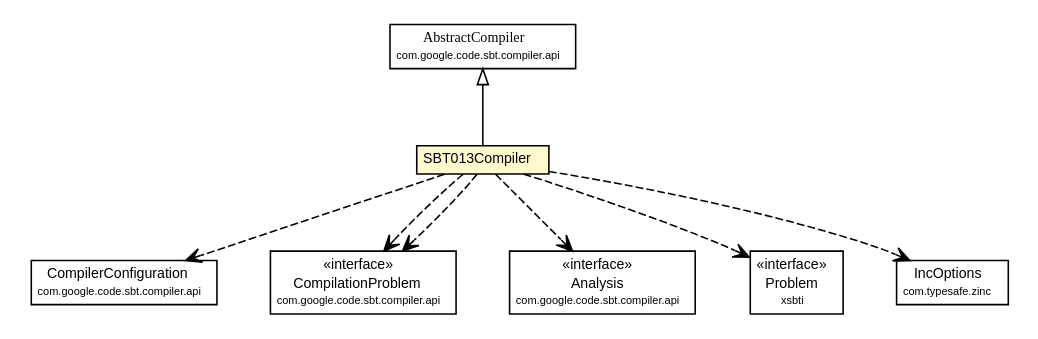
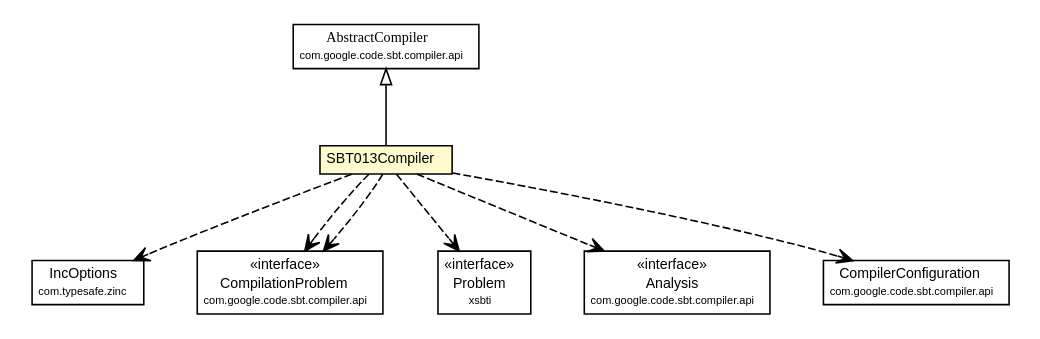
The diagram in sbt-compiler-maven-plugin/1.0.0-beta9-SNAPSHOT/sbt-compilers/sbt-compiler-sbt013/apidocs/com/google/code/sbt/compiler/sbt013/SBT013Compiler.dot (sbt-compiler-maven-plugin/sbt-compiler-maven-plugin.github.io), drawn with Graphviz before and after one commit. The commit also changed 194 other files, not shown here.

```diff
--- a/sbt-compiler-maven-plugin/1.0.0-beta9-SNAPSHOT/sbt-compilers/sbt-compiler-sbt013/apidocs/com/google/code/sbt/compiler/sbt013/SBT013Compiler.dot
+++ b/sbt-compiler-maven-plugin/1.0.0-beta9-SNAPSHOT/sbt-compilers/sbt-compiler-sbt013/apidocs/com/google/code/sbt/compiler/sbt013/SBT013Compiler.dot
@@ -1,77 +1,77 @@
 #!/usr/local/bin/dot
 #
 # Class diagram 
 # Generated by UMLGraph version R5_6-24-gf6e263 (http://www.umlgraph.org/)
 #
 
 digraph G {
 	edge [fontname="arial",fontsize=10,labelfontname="arial",labelfontsize=10];
 	node [fontname="arial",fontsize=10,shape=plaintext];
 	nodesep=0.25;
 	ranksep=0.5;
 	// com.google.code.sbt.compiler.sbt013.SBT013Compiler
 	c61 [label=<<table title="com.google.code.sbt.compiler.sbt013.SBT013Compiler" border="0" cellborder="1" cellspacing="0" cellpadding="2" port="p" bgcolor="lemonChiffon" href="./SBT013Compiler.html">
 		<tr><td><table border="0" cellspacing="0" cellpadding="1">
 <tr><td align="center" balign="center"> SBT013Compiler </td></tr>
 		</table></td></tr>
 		</table>>, URL="./SBT013Compiler.html", fontname="arial", fontcolor="black", fontsize=9.0];
 	//com.google.code.sbt.compiler.sbt013.SBT013Compiler extends com.google.code.sbt.compiler.api.AbstractCompiler
 	c66:p -> c61:p [dir=back,arrowtail=empty];
+	// com.google.code.sbt.compiler.sbt013.SBT013Compiler DEPEND com.typesafe.zinc.IncOptions
+	c61:p -> c72:p [taillabel="", label="", headlabel="", fontname="arial", fontcolor="black", fontsize=10.0, color="black", arrowhead=open, style=dashed];
+	// com.google.code.sbt.compiler.sbt013.SBT013Compiler DEPEND com.google.code.sbt.compiler.api.CompilationProblem
+	c61:p -> c73:p [taillabel="", label="", headlabel="", fontname="arial", fontcolor="black", fontsize=10.0, color="black", arrowhead=open, style=dashed];
+	// com.google.code.sbt.compiler.sbt013.SBT013Compiler DEPEND xsbti.Problem
+	c61:p -> c74:p [taillabel="", label="", headlabel="", fontname="arial", fontcolor="black", fontsize=10.0, color="black", arrowhead=open, style=dashed];
+	// com.google.code.sbt.compiler.sbt013.SBT013Compiler DEPEND com.google.code.sbt.compiler.api.Analysis
+	c61:p -> c75:p [taillabel="", label="", headlabel="", fontname="arial", fontcolor="black", fontsize=10.0, color="black", arrowhead=open, style=dashed];
+	// com.google.code.sbt.compiler.sbt013.SBT013Compiler DEPEND com.google.code.sbt.compiler.api.CompilationProblem
+	c61:p -> c73:p [taillabel="", label="", headlabel="", fontname="arial", fontcolor="black", fontsize=10.0, color="black", arrowhead=open, style=dashed];
 	// com.google.code.sbt.compiler.sbt013.SBT013Compiler DEPEND com.google.code.sbt.compiler.api.CompilerConfiguration
-	c61:p -> c69:p [taillabel="", label="", headlabel="", fontname="arial", fontcolor="black", fontsize=10.0, color="black", arrowhead=open, style=dashed];
-	// com.google.code.sbt.compiler.sbt013.SBT013Compiler DEPEND com.google.code.sbt.compiler.api.CompilationProblem
-	c61:p -> c70:p [taillabel="", label="", headlabel="", fontname="arial", fontcolor="black", fontsize=10.0, color="black", arrowhead=open, style=dashed];
-	// com.google.code.sbt.compiler.sbt013.SBT013Compiler DEPEND com.google.code.sbt.compiler.api.Analysis
-	c61:p -> c71:p [taillabel="", label="", headlabel="", fontname="arial", fontcolor="black", fontsize=10.0, color="black", arrowhead=open, style=dashed];
-	// com.google.code.sbt.compiler.sbt013.SBT013Compiler DEPEND com.google.code.sbt.compiler.api.CompilationProblem
-	c61:p -> c70:p [taillabel="", label="", headlabel="", fontname="arial", fontcolor="black", fontsize=10.0, color="black", arrowhead=open, style=dashed];
-	// com.google.code.sbt.compiler.sbt013.SBT013Compiler DEPEND xsbti.Problem
-	c61:p -> c72:p [taillabel="", label="", headlabel="", fontname="arial", fontcolor="black", fontsize=10.0, color="black", arrowhead=open, style=dashed];
-	// com.google.code.sbt.compiler.sbt013.SBT013Compiler DEPEND com.typesafe.zinc.IncOptions
 	c61:p -> c78:p [taillabel="", label="", headlabel="", fontname="arial", fontcolor="black", fontsize=10.0, color="black", arrowhead=open, style=dashed];
 	// com.google.code.sbt.compiler.api.CompilationProblem
-	c70 [label=<<table title="com.google.code.sbt.compiler.api.CompilationProblem" border="0" cellborder="1" cellspacing="0" cellpadding="2" port="p">
+	c73 [label=<<table title="com.google.code.sbt.compiler.api.CompilationProblem" border="0" cellborder="1" cellspacing="0" cellpadding="2" port="p">
 		<tr><td><table border="0" cellspacing="0" cellpadding="1">
 <tr><td align="center" balign="center"> &#171;interface&#187; </td></tr>
 <tr><td align="center" balign="center"> CompilationProblem </td></tr>
 <tr><td align="center" balign="center"><font point-size="7.0"> com.google.code.sbt.compiler.api </font></td></tr>
 		</table></td></tr>
 		</table>>, URL="null", fontname="arial", fontcolor="black", fontsize=9.0];
 	// com.google.code.sbt.compiler.api.AbstractCompiler
 	c66 [label=<<table title="com.google.code.sbt.compiler.api.AbstractCompiler" border="0" cellborder="1" cellspacing="0" cellpadding="2" port="p">
 		<tr><td><table border="0" cellspacing="0" cellpadding="1">
 <tr><td align="center" balign="center"><font face="arial italic"> AbstractCompiler </font></td></tr>
 <tr><td align="center" balign="center"><font point-size="7.0"> com.google.code.sbt.compiler.api </font></td></tr>
 		</table></td></tr>
 		</table>>, URL="null", fontname="arial", fontcolor="black", fontsize=9.0];
 	// com.typesafe.zinc.IncOptions
-	c78 [label=<<table title="com.typesafe.zinc.IncOptions" border="0" cellborder="1" cellspacing="0" cellpadding="2" port="p">
+	c72 [label=<<table title="com.typesafe.zinc.IncOptions" border="0" cellborder="1" cellspacing="0" cellpadding="2" port="p">
 		<tr><td><table border="0" cellspacing="0" cellpadding="1">
 <tr><td align="center" balign="center"> IncOptions </td></tr>
 <tr><td align="center" balign="center"><font point-size="7.0"> com.typesafe.zinc </font></td></tr>
 		</table></td></tr>
 		</table>>, URL="null", fontname="arial", fontcolor="black", fontsize=9.0];
 	// xsbti.Problem
-	c72 [label=<<table title="xsbti.Problem" border="0" cellborder="1" cellspacing="0" cellpadding="2" port="p">
+	c74 [label=<<table title="xsbti.Problem" border="0" cellborder="1" cellspacing="0" cellpadding="2" port="p">
 		<tr><td><table border="0" cellspacing="0" cellpadding="1">
 <tr><td align="center" balign="center"> &#171;interface&#187; </td></tr>
 <tr><td align="center" balign="center"> Problem </td></tr>
 <tr><td align="center" balign="center"><font point-size="7.0"> xsbti </font></td></tr>
 		</table></td></tr>
 		</table>>, URL="null", fontname="arial", fontcolor="black", fontsize=9.0];
 	// com.google.code.sbt.compiler.api.Analysis
-	c71 [label=<<table title="com.google.code.sbt.compiler.api.Analysis" border="0" cellborder="1" cellspacing="0" cellpadding="2" port="p">
+	c75 [label=<<table title="com.google.code.sbt.compiler.api.Analysis" border="0" cellborder="1" cellspacing="0" cellpadding="2" port="p">
 		<tr><td><table border="0" cellspacing="0" cellpadding="1">
 <tr><td align="center" balign="center"> &#171;interface&#187; </td></tr>
 <tr><td align="center" balign="center"> Analysis </td></tr>
 <tr><td align="center" balign="center"><font point-size="7.0"> com.google.code.sbt.compiler.api </font></td></tr>
 		</table></td></tr>
 		</table>>, URL="null", fontname="arial", fontcolor="black", fontsize=9.0];
 	// com.google.code.sbt.compiler.api.CompilerConfiguration
-	c69 [label=<<table title="com.google.code.sbt.compiler.api.CompilerConfiguration" border="0" cellborder="1" cellspacing="0" cellpadding="2" port="p">
+	c78 [label=<<table title="com.google.code.sbt.compiler.api.CompilerConfiguration" border="0" cellborder="1" cellspacing="0" cellpadding="2" port="p">
 		<tr><td><table border="0" cellspacing="0" cellpadding="1">
 <tr><td align="center" balign="center"> CompilerConfiguration </td></tr>
 <tr><td align="center" balign="center"><font point-size="7.0"> com.google.code.sbt.compiler.api </font></td></tr>
 		</table></td></tr>
 		</table>>, URL="null", fontname="arial", fontcolor="black", fontsize=9.0];
 }
```
